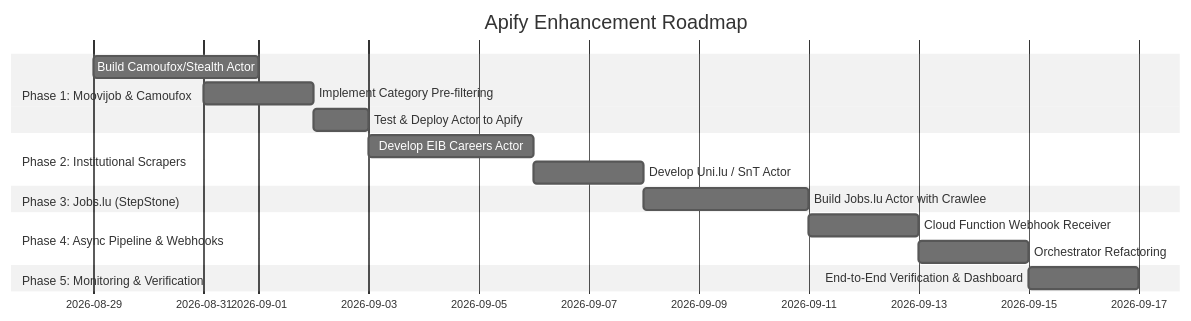
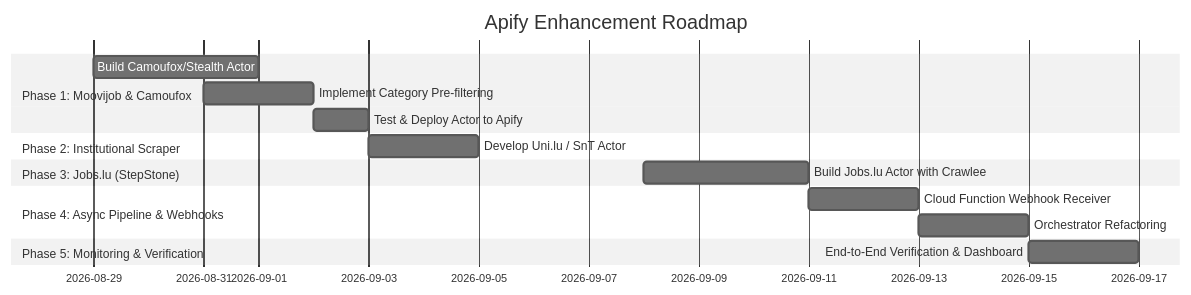
Before and after one commit to AmwataPhilip/jobs-lu: the second of 2 diagrams in docs/APIFY_OPTIMIZATION_PLAN.md, drawn with Mermaid (neutral theme). The commit also changed other lines of this file and 3 other files, not shown here.

````diff
--- a/docs/APIFY_OPTIMIZATION_PLAN.md
+++ b/docs/APIFY_OPTIMIZATION_PLAN.md
@@ -112,19 +112,18 @@
 ```mermaid
 gantt
     title Apify Enhancement Roadmap
     dateFormat  YYYY-MM-DD
     section Phase 1: Moovijob & Camoufox
     Build Camoufox/Stealth Actor       :2026-08-29, 3d
     Implement Category Pre-filtering   :2026-08-31, 2d
     Test & Deploy Actor to Apify      :2026-09-02, 1d
-    section Phase 2: Institutional Scrapers
-    Develop EIB Careers Actor         :2026-09-03, 3d
-    Develop Uni.lu / SnT Actor         :2026-09-06, 2d
+    section Phase 2: Institutional Scraper
+    Develop Uni.lu / SnT Actor         :2026-09-03, 2d
     section Phase 3: Jobs.lu (StepStone)
     Build Jobs.lu Actor with Crawlee   :2026-09-08, 3d
     section Phase 4: Async Pipeline & Webhooks
     Cloud Function Webhook Receiver    :2026-09-11, 2d
     Orchestrator Refactoring           :2026-09-13, 2d
     section Phase 5: Monitoring & Verification
     End-to-End Verification & Dashboard:2026-09-15, 2d
 ```
````
